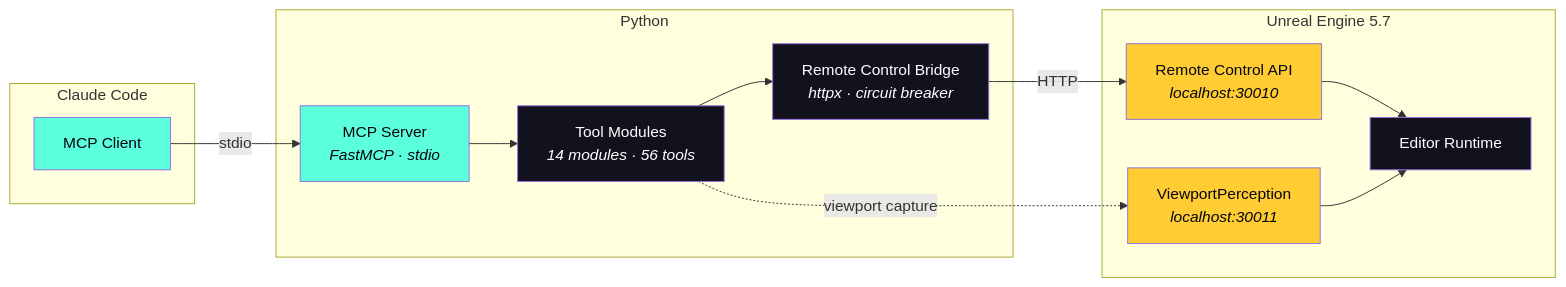
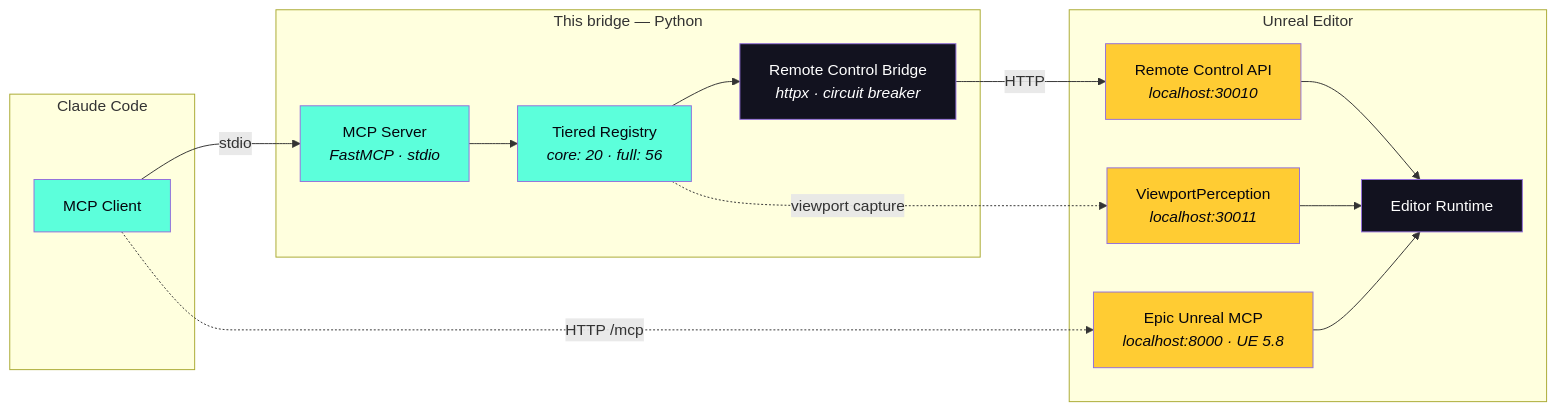
One commit to JosephOIbrahim/UnrealEngine_Bridge changed the first of 2 diagrams in README.md. Above: the diagram before and after it, drawn with Mermaid. The commit also changed other lines of this file and 18 other files, not shown here.

First line of the commit message:
release: v0.2.0 — the Epic MCP era (#17)

````diff
--- a/README.md
+++ b/README.md
@@ -19,31 +25,35 @@
 ```mermaid
 graph LR
     subgraph Claude Code
         A[MCP Client]
     end
 
-    subgraph Python
+    subgraph B1["This bridge — Python"]
         B[MCP Server<br/><i>FastMCP · stdio</i>]
-        B --> C[Tool Modules<br/><i>14 modules · 56 tools</i>]
+        B --> C[Tiered Registry<br/><i>core: 20 · full: 56</i>]
         C --> D[Remote Control Bridge<br/><i>httpx · circuit breaker</i>]
     end
 
-    subgraph Unreal Engine 5.7
+    subgraph Unreal Editor
         E[Remote Control API<br/><i>localhost:30010</i>]
         E --> F[Editor Runtime]
         G[ViewportPerception<br/><i>localhost:30011</i>]
         G --> F
+        H[Epic Unreal MCP<br/><i>localhost:8000 · UE 5.8</i>]
+        H --> F
     end
 
     A -- stdio --> B
+    A -. HTTP /mcp .-> H
     D -- HTTP --> E
     C -. viewport capture .-> G
 
     style A fill:#5CFFDB,color:#05050D
     style B fill:#5CFFDB,color:#05050D
-    style C fill:#12121F,color:#fff
+    style C fill:#5CFFDB,color:#05050D
     style D fill:#12121F,color:#fff
     style E fill:#FFCC33,color:#05050D
     style F fill:#12121F,color:#fff
     style G fill:#FFCC33,color:#05050D
+    style H fill:#FFCC33,color:#05050D
 ```
````
